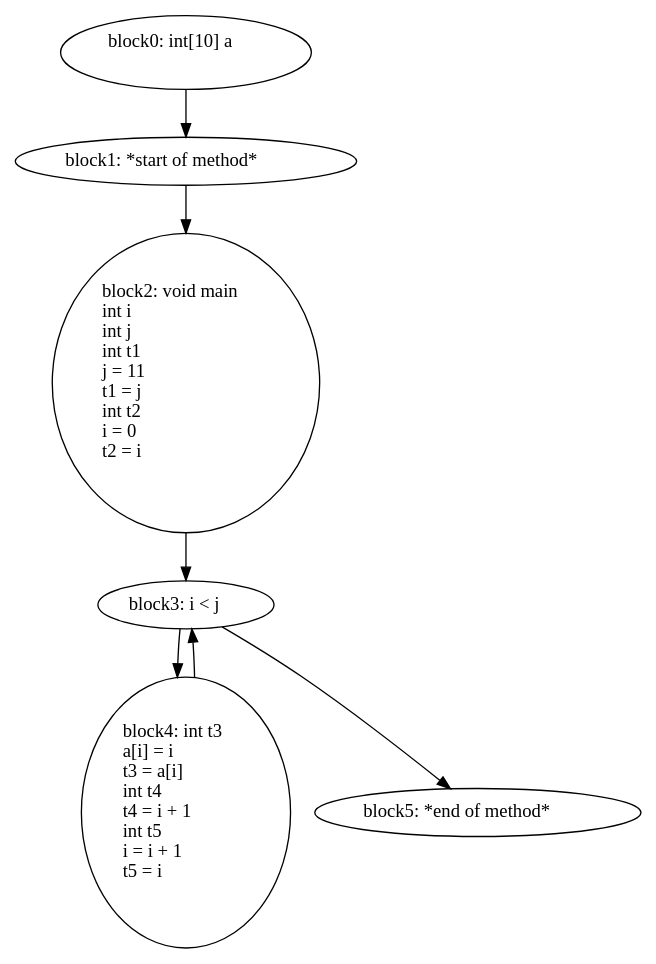
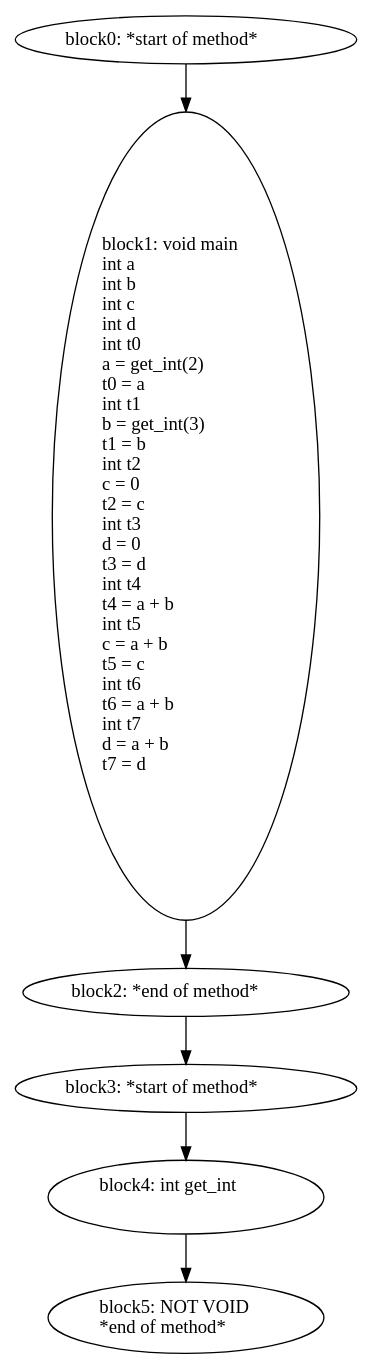
One commit to jimmyz42/CCompiler changed the diagram in foo.dot. Above: the diagram before and after it, drawn with Graphviz. The commit also changed 10 other files, not shown here.

```diff
--- a/foo.dot
+++ b/foo.dot
@@ -1,14 +1,13 @@
 digraph G {
-  block0 [ label="block0: int[10]\ a\l\l" ];
-  block1 [ label="block1: *start\ of\ method*\l" ];
-  block2 [ label="block2: void\ main\lint\ i\lint\ j\lint\ t1\lj\ =\ 11\lt1\ =\ j\lint\ t2\li\ =\ 0\lt2\ =\ i\l\l" ];
-  block3 [ label="block3: i\ \<\ j\l" ];
-  block4 [ label="block4: int\ t3\la[i]\ =\ i\lt3\ =\ a[i]\lint\ t4\lt4\ =\ i\ +\ 1\lint\ t5\li\ =\ i\ +\ 1\lt5\ =\ i\l\l" ];
-  block5 [ label="block5: *end\ of\ method*\l" ];
+  block0 [ label="block0: *start\ of\ method*\l" ];
+  block1 [ label="block1: void\ main\lint\ a\lint\ b\lint\ c\lint\ d\lint\ t0\la\ =\ get_int\(2\)\lt0\ =\ a\lint\ t1\lb\ =\ get_int\(3\)\lt1\ =\ b\lint\ t2\lc\ =\ 0\lt2\ =\ c\lint\ t3\ld\ =\ 0\lt3\ =\ d\lint\ t4\lt4\ =\ a\ +\ b\lint\ t5\lc\ =\ a\ +\ b\lt5\ =\ c\lint\ t6\lt6\ =\ a\ +\ b\lint\ t7\ld\ =\ a\ +\ b\lt7\ =\ d\l\l" ];
+  block2 [ label="block2: *end\ of\ method*\l" ];
+  block3 [ label="block3: *start\ of\ method*\l" ];
+  block4 [ label="block4: int\ get_int\l\l" ];
+  block5 [ label="block5: NOT\ VOID\l*end\ of\ method*\l" ];
   block0 -> block1;
   block1 -> block2;
   block2 -> block3;
   block3 -> block4;
-  block4 -> block3;
-  block3 -> block5;
+  block4 -> block5;
 }
```
